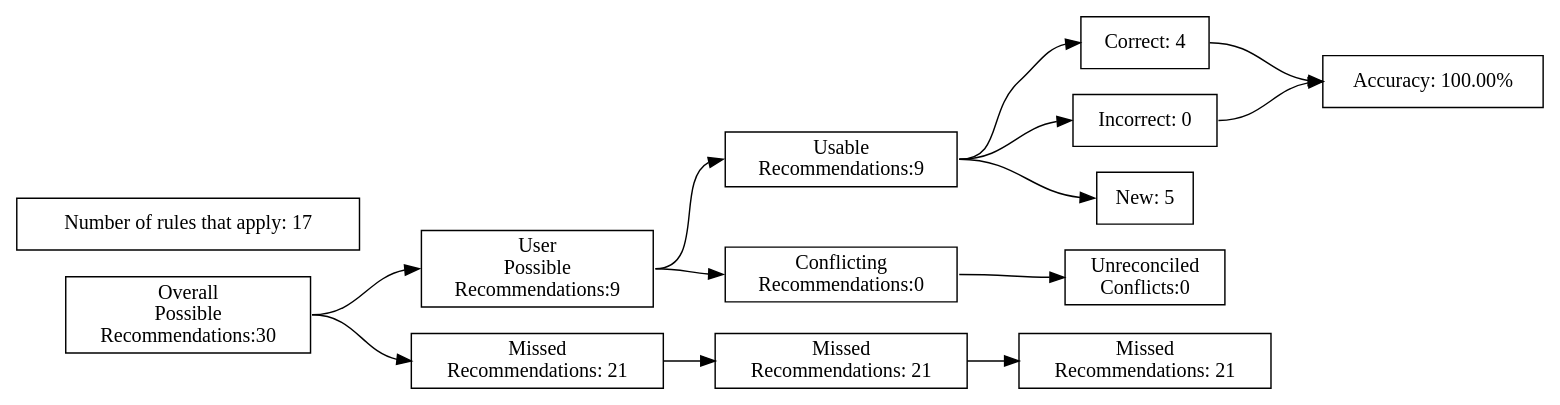
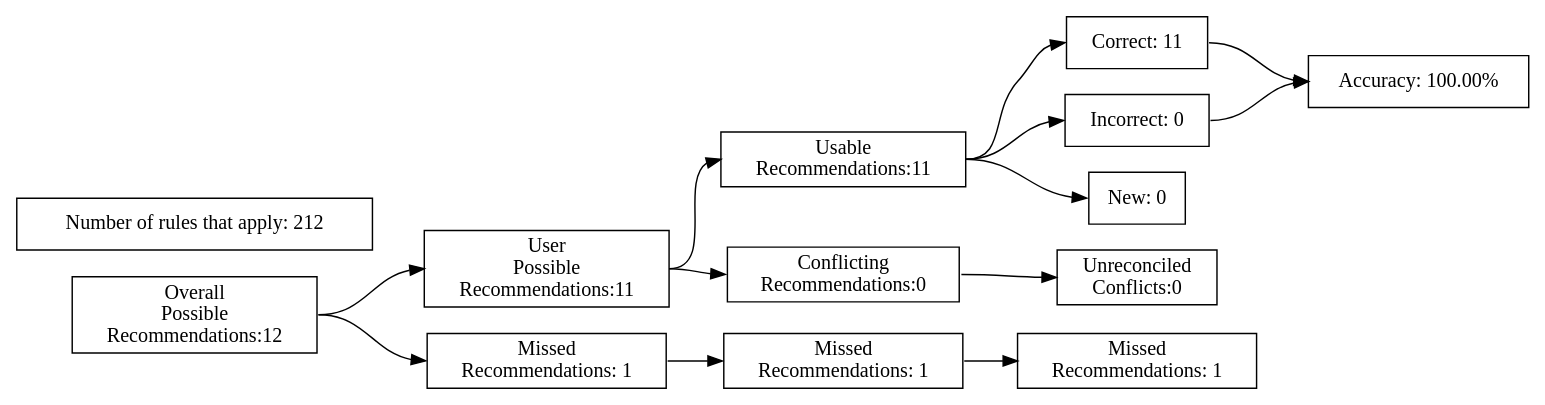
The diagram in test_renders/16.gv (ZaxR/ibd_diet_analysis), drawn with Graphviz before and after one commit. The commit also changed 77 other files, not shown here.

```diff
--- a/test_renders/16.gv
+++ b/test_renders/16.gv
@@ -1,40 +1,40 @@
 digraph {
 	graph [rankdir=LR]
 	node [pos=r shape=box]
 	edge [headport=w tailport=e]
 		A [label="Overall
 Possible
-Recommendations:30"]
+Recommendations:12"]
 		B [label="User
 Possible
-Recommendations:9"]
+Recommendations:11"]
 		C [label="Missed
-Recommendations: 21"]
+Recommendations: 1"]
 		D [label="Usable
-Recommendations:9"]
+Recommendations:11"]
 		E [label="Conflicting
 Recommendations:0"]
 		J [label="Missed
-Recommendations: 21"]
+Recommendations: 1"]
 		M [label="Unreconciled
 Conflicts:0"]
-		F [label="Correct: 4"]
+		F [label="Correct: 11"]
 		G [label="Incorrect: 0"]
-		H [label="New: 5"]
+		H [label="New: 0"]
 		K [label="Missed
-Recommendations: 21"]
+Recommendations: 1"]
 		I [label="Accuracy: 100.00%"]
-		l [label="Number of rules that apply: 17"]
+		l [label="Number of rules that apply: 212"]
 			A -> B
 			A -> C
 			B -> D
 			B -> E
 			D -> F
 			D -> G
 			D -> H
 			F -> I
 			G -> I
 			C -> J
 			J -> K
 			E -> M
 }
```
